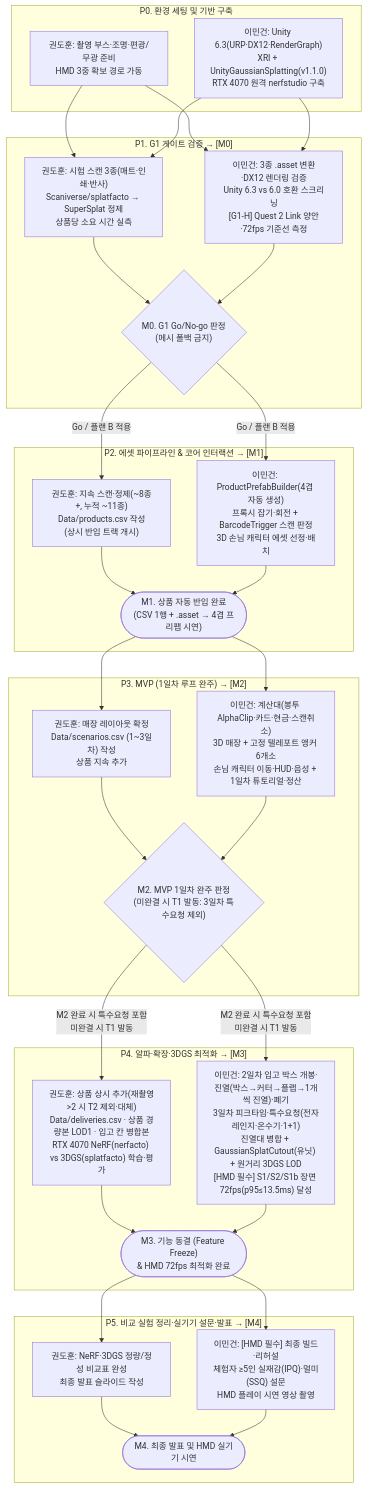
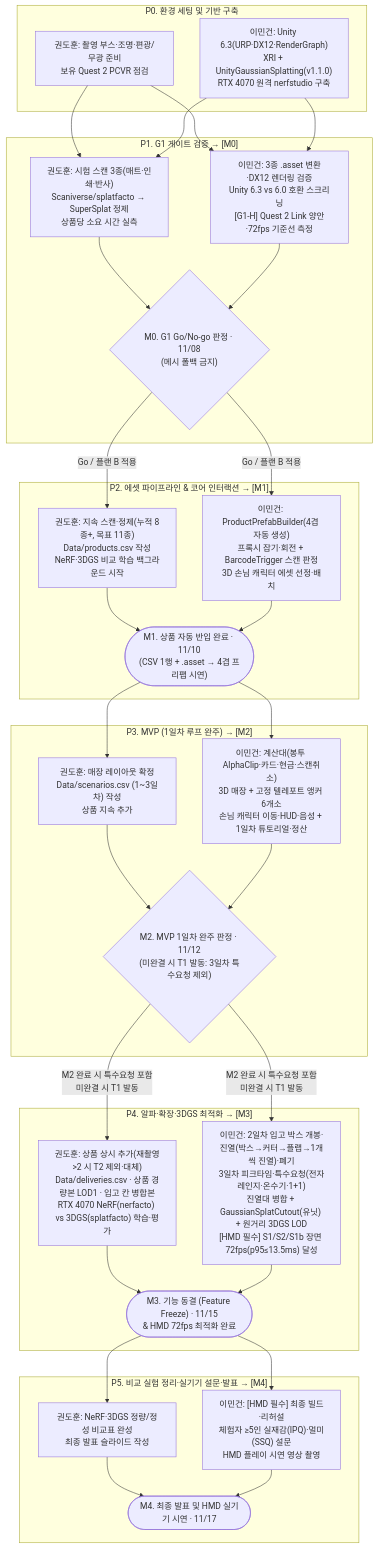
Before and after one commit to alsrjs951/vr-convenience-store-simulator: the diagram in docs/VR편의점_알바_시뮬레이터_마일스톤.md, drawn with Mermaid. The commit also changed other lines of this file and 8 other files, not shown here.

````diff
--- a/docs/VR편의점_알바_시뮬레이터_마일스톤.md
+++ b/docs/VR편의점_알바_시뮬레이터_마일스톤.md
@@ -18,43 +19,43 @@
 ```mermaid
 flowchart TD
     subgraph P0["P0. 환경 세팅 및 기반 구축"]
-        P0_K["권도훈: 촬영 부스·조명·편광/무광 준비<br/>HMD 3중 확보 경로 가동"]
+        P0_K["권도훈: 촬영 부스·조명·편광/무광 준비<br/>보유 Quest 2 PCVR 점검"]
         P0_L["이민건: Unity 6.3(URP·DX12·RenderGraph)<br/>XRI + UnityGaussianSplatting(v1.1.0)<br/>RTX 4070 원격 nerfstudio 구축"]
     end
 
     subgraph P1["P1. G1 게이트 검증 → [M0]"]
         P1_K["권도훈: 시험 스캔 3종(매트·인쇄·반사)<br/>Scaniverse/splatfacto → SuperSplat 정제<br/>상품당 소요 시간 실측"]
         P1_L["이민건: 3종 .asset 변환·DX12 렌더링 검증<br/>Unity 6.3 vs 6.0 호환 스크리닝<br/>[G1-H] Quest 2 Link 양안·72fps 기준선 측정"]
-        M0{"M0. G1 Go/No-go 판정<br/>(메시 폴백 금지)"}
+        M0{"M0. G1 Go/No-go 판정 · 11/08<br/>(메시 폴백 금지)"}
     end
 
     subgraph P2["P2. 에셋 파이프라인 & 코어 인터랙션 → [M1]"]
-        P2_K["권도훈: 지속 스캔·정제(~8종+, 누적 ~11종)<br/>Data/products.csv 작성<br/>(상시 반입 트랙 개시)"]
+        P2_K["권도훈: 지속 스캔·정제(누적 8종+, 목표 11종)<br/>Data/products.csv 작성<br/>NeRF·3DGS 비교 학습 백그라운드 시작"]
         P2_L["이민건: ProductPrefabBuilder(4겹 자동 생성)<br/>프록시 잡기·회전 + BarcodeTrigger 스캔 판정<br/>3D 손님 캐릭터 에셋 선정·배치"]
-        M1(["M1. 상품 자동 반입 완료<br/>(CSV 1행 + .asset → 4겹 프리팹 시연)"])
+        M1(["M1. 상품 자동 반입 완료 · 11/10<br/>(CSV 1행 + .asset → 4겹 프리팹 시연)"])
     end
 
     subgraph P3["P3. MVP (1일차 루프 완주) → [M2]"]
         P3_K["권도훈: 매장 레이아웃 확정<br/>Data/scenarios.csv (1~3일차) 작성<br/>상품 지속 추가"]
         P3_L["이민건: 계산대(봉투 AlphaClip·카드·현금·스캔취소)<br/>3D 매장 + 고정 텔레포트 앵커 6개소<br/>손님 캐릭터 이동·HUD·음성 + 1일차 튜토리얼·정산"]
-        M2{"M2. MVP 1일차 완주 판정<br/>(미완결 시 T1 발동: 3일차 특수요청 제외)"}
+        M2{"M2. MVP 1일차 완주 판정 · 11/12<br/>(미완결 시 T1 발동: 3일차 특수요청 제외)"}
     end
 
     subgraph P4["P4. 알파·확장·3DGS 최적화 → [M3]"]
         P4_K["권도훈: 상품 상시 추가(재촬영>2 시 T2 제외·대체)<br/>Data/deliveries.csv · 상품 경량본 LOD1 · 입고 칸 병합본<br/>RTX 4070 NeRF(nerfacto) vs 3DGS(splatfacto) 학습·평가"]
         P4_L["이민건: 2일차 입고 박스 개봉·진열(박스→커터→플랩→1개씩 진열)·폐기<br/>3일차 피크타임·특수요청(전자레인지·온수기·1+1)<br/>진열대 병합 + GaussianSplatCutout(유닛) + 원거리 3DGS LOD<br/>[HMD 필수] S1/S2/S1b 장면 72fps(p95≤13.5ms) 달성"]
-        M3(["M3. 기능 동결 (Feature Freeze)<br/>& HMD 72fps 최적화 완료"])
+        M3(["M3. 기능 동결 (Feature Freeze) · 11/15<br/>& HMD 72fps 최적화 완료"])
     end
 
     subgraph P5["P5. 비교 실험 정리·실기기 설문·발표 → [M4]"]
         P5_K["권도훈: NeRF·3DGS 정량/정성 비교표 완성<br/>최종 발표 슬라이드 작성"]
         P5_L["이민건: [HMD 필수] 최종 빌드·리허설<br/>체험자 ≥5인 실재감(IPQ)·멀미(SSQ) 설문<br/>HMD 플레이 시연 영상 촬영"]
-        M4(["M4. 최종 발표 및 HMD 실기기 시연"])
+        M4(["M4. 최종 발표 및 HMD 실기기 시연 · 11/17"])
     end
 
     P0_K & P0_L --> P1_K & P1_L --> M0
     M0 -->|Go / 플랜 B 적용| P2_K & P2_L --> M1
     M1 --> P3_K & P3_L --> M2
     M2 -->|M2 완료 시 특수요청 포함<br/>미완결 시 T1 발동| P4_K & P4_L --> M3
     M3 --> P5_K & P5_L --> M4
 ```
````
